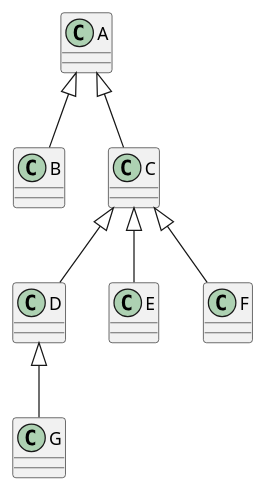
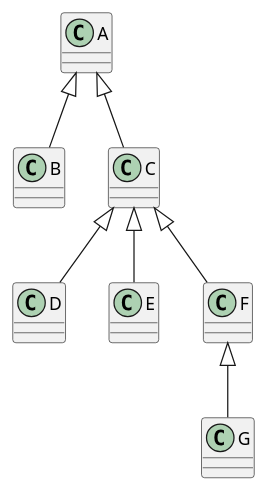
The diagram in modelosUML/jerarquiaClasificacion001.puml (mmasias/24-25-PRG2), drawn with PlantUML before and after one commit.

```diff
--- a/modelosUML/jerarquiaClasificacion001.puml
+++ b/modelosUML/jerarquiaClasificacion001.puml
@@ -1,8 +1,8 @@
-A <|-- B
-A <|-- C
+A <|-d- B
+A <|-d- C
 
-C <|-- D
-C <|-- E
-C <|-- F
+C <|-d- D
+C <|-d- E
+C <|-d- F
 
-D <|-- G
+F <|-d- G
```
